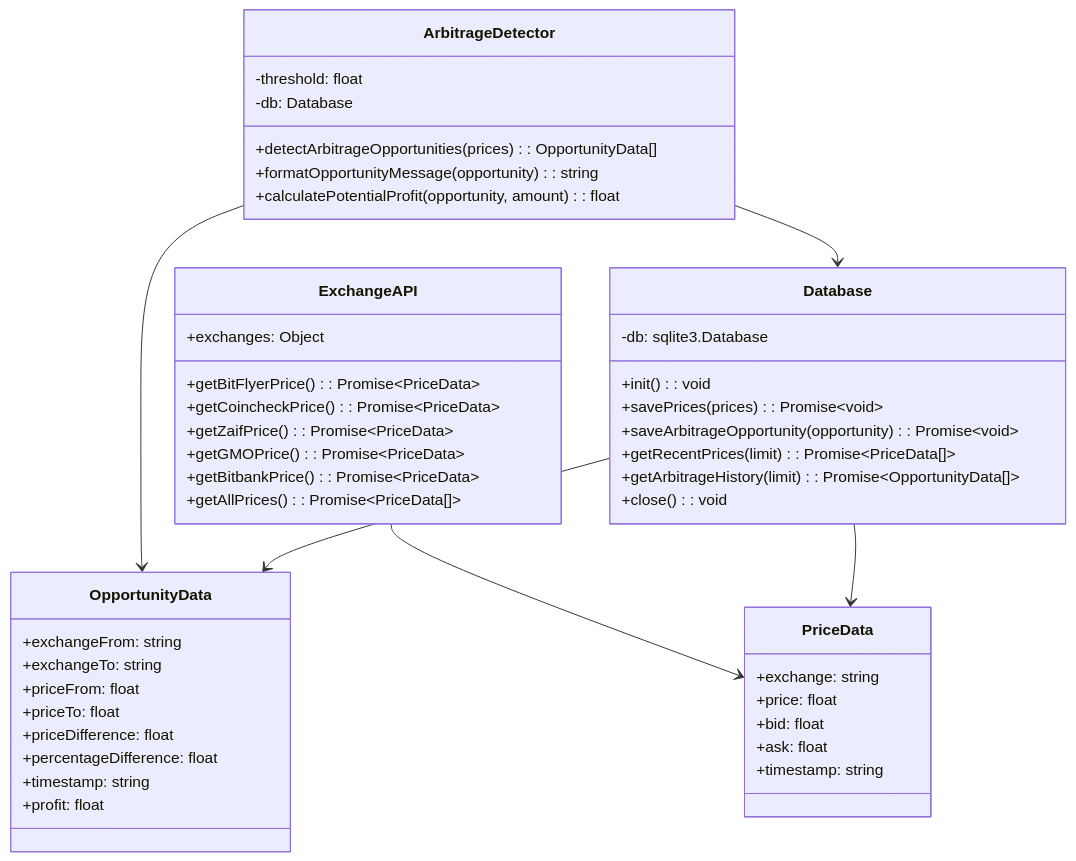
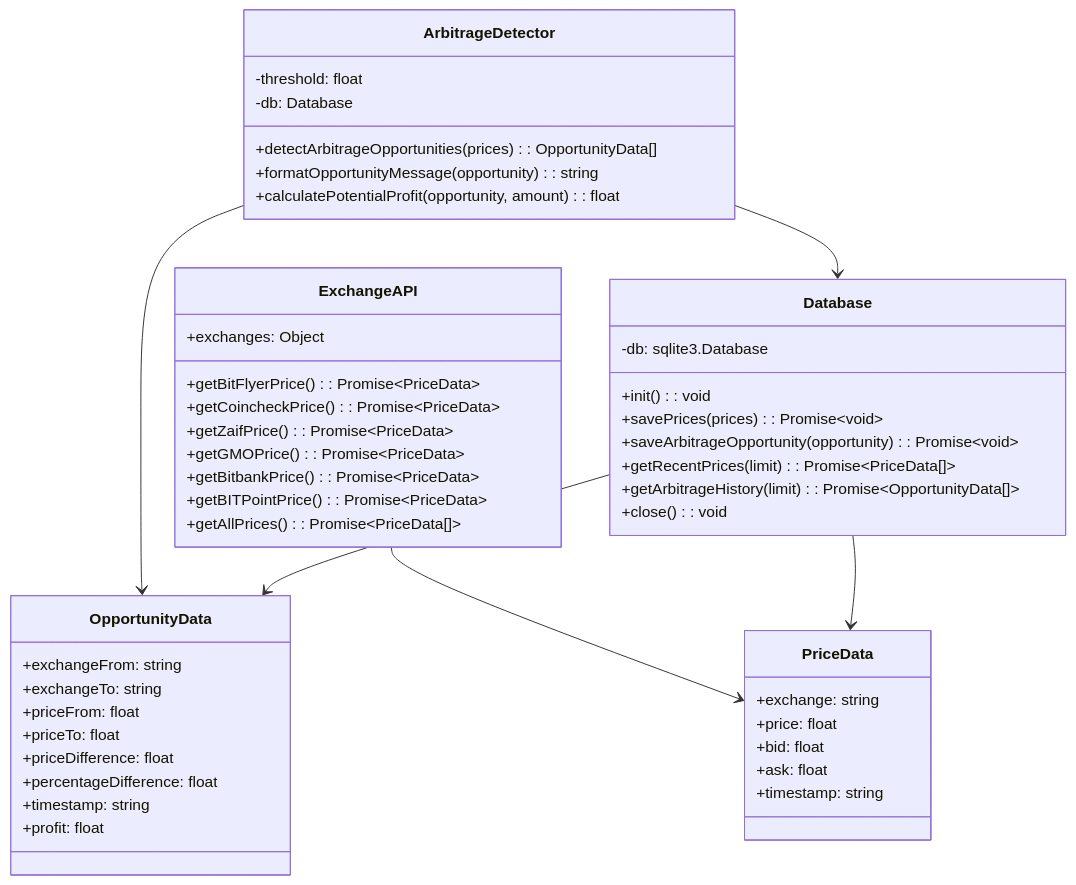
One commit to mnbhsgw/bitcoin-arbitrage2 changed the third of 5 diagrams in 高レベル設計書.md. Above: the diagram before and after it, drawn with Mermaid. The commit also changed other lines of this file and 1 other file, not shown here.

````diff
--- a/高レベル設計書.md
+++ b/高レベル設計書.md
@@ -113,55 +113,56 @@
 ```mermaid
 classDiagram
     class ExchangeAPI {
         +exchanges: Object
         +getBitFlyerPrice(): Promise~PriceData~
         +getCoincheckPrice(): Promise~PriceData~
         +getZaifPrice(): Promise~PriceData~
         +getGMOPrice(): Promise~PriceData~
         +getBitbankPrice(): Promise~PriceData~
+        +getBITPointPrice(): Promise~PriceData~
         +getAllPrices(): Promise~PriceData[]~
     }
     
     class ArbitrageDetector {
         -threshold: float
         -db: Database
         +detectArbitrageOpportunities(prices): OpportunityData[]
         +formatOpportunityMessage(opportunity): string
         +calculatePotentialProfit(opportunity, amount): float
     }
     
     class Database {
         -db: sqlite3.Database
         +init(): void
         +savePrices(prices): Promise~void~
         +saveArbitrageOpportunity(opportunity): Promise~void~
         +getRecentPrices(limit): Promise~PriceData[]~
         +getArbitrageHistory(limit): Promise~OpportunityData[]~
         +close(): void
     }
     
     class PriceData {
         +exchange: string
         +price: float
         +bid: float
         +ask: float
         +timestamp: string
     }
     
     class OpportunityData {
         +exchangeFrom: string
         +exchangeTo: string
         +priceFrom: float
         +priceTo: float
         +priceDifference: float
         +percentageDifference: float
         +timestamp: string
         +profit: float
     }
     
     ExchangeAPI --> PriceData
     ArbitrageDetector --> OpportunityData
     ArbitrageDetector --> Database
     Database --> PriceData
     Database --> OpportunityData
 ```
````
